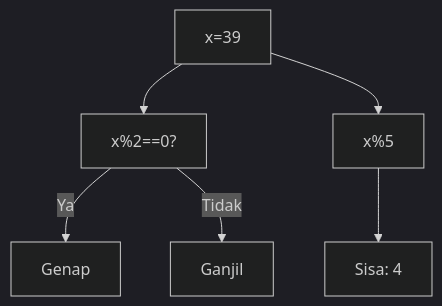
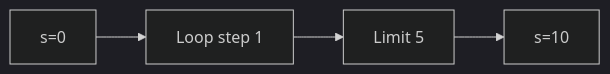
Before and after one commit to amnahwaida/OSNK_INF_PREP: the sixth of 25 diagrams in part-c-pemahaman-cpp/03-perulangan/latihan/set-08.md, drawn with Mermaid (dark theme). The commit also changed other lines of this file and 71 other files, not shown here.

````diff
--- a/part-c-pemahaman-cpp/03-perulangan/latihan/set-08.md
+++ b/part-c-pemahaman-cpp/03-perulangan/latihan/set-08.md
@@ -151,8 +156,6 @@
 ```mermaid
-graph TD
-A["x=39"] --> B["x%2==0?"]
-B -- Ya --> C["Genap"]
-B -- Tidak --> D["Ganjil"]
-A --> E["x%5"]
-E --> F["Sisa: 4"]
+graph LR
+A["s=0"] --> B["Loop step 1"]
+B --> C["Limit 5"]
+C --> D["s=10"]
 ```
````
